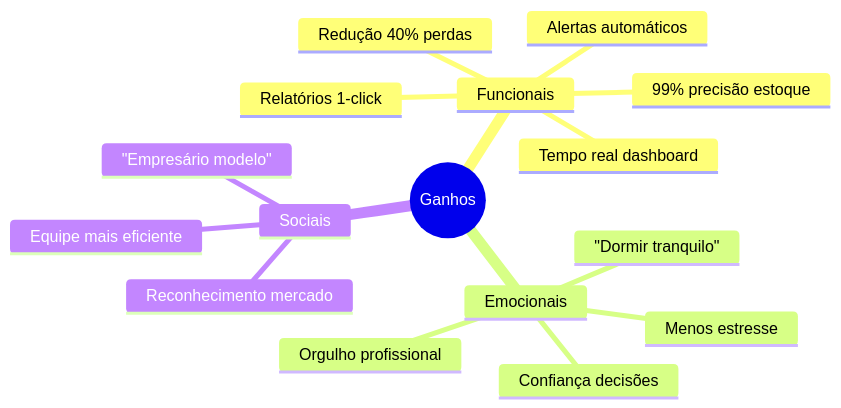
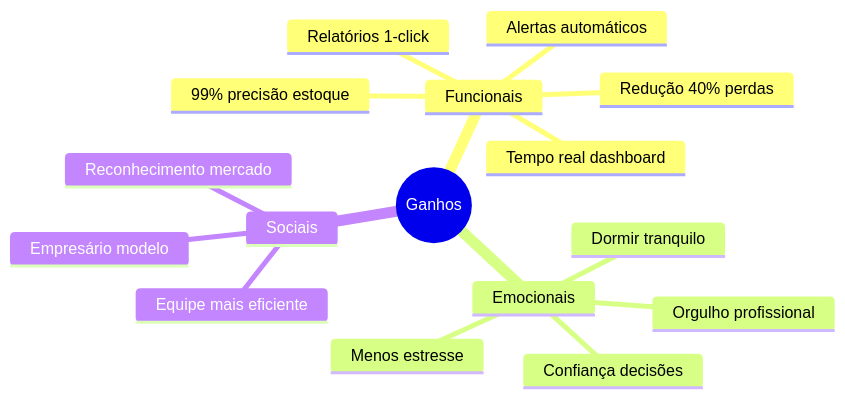
The fifth of 10 diagrams in documentation/docs/estrategia/proposta-valor.mdx (matheusmendes720/workconnect-tcc), drawn with Mermaid before and after one commit. The commit also changed other lines of this file and 16 other files, not shown here.

````diff
--- a/documentation/docs/estrategia/proposta-valor.mdx
+++ b/documentation/docs/estrategia/proposta-valor.mdx
@@ -143,19 +179,19 @@
 ```mermaid
 mindmap
   root((Ganhos))
     Funcionais
       99% precisão estoque
       Redução 40% perdas
       Tempo real dashboard
       Alertas automáticos
       Relatórios 1-click
     Emocionais
-      "Dormir tranquilo"
+      Dormir tranquilo
       Confiança decisões
       Menos estresse
       Orgulho profissional
     Sociais
-      "Empresário modelo"
+      Empresário modelo
       Equipe mais eficiente
       Reconhecimento mercado
 ```
````
